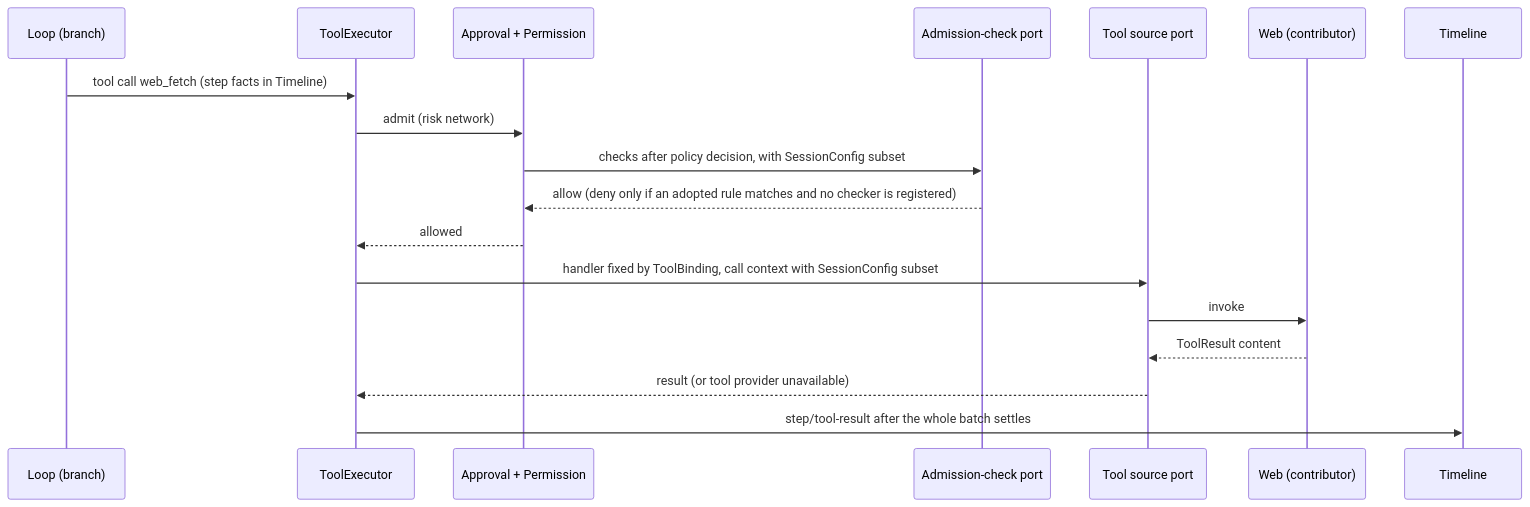
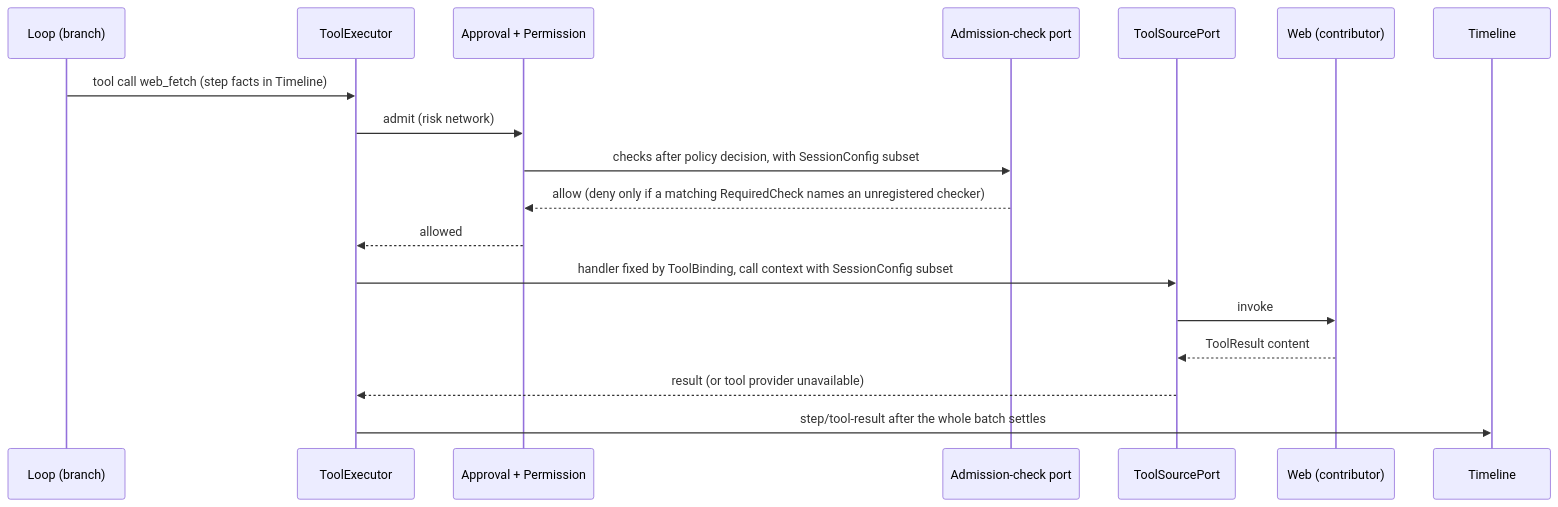
The fourth of 9 diagrams in docs/design/overview.md (CoutinhoTTS/dim-agent), drawn with Mermaid before and after one commit. The commit also changed other lines of this file and 12 other files, not shown here.

Commit message:
docs(design): align port names and fail-closed records with the contracts

````diff
--- a/docs/design/overview.md
+++ b/docs/design/overview.md
@@ -201,20 +201,20 @@
 ```mermaid
 sequenceDiagram
   participant LP as Loop (branch)
   participant TE as ToolExecutor
   participant AP as Approval + Permission
   participant AR as Admission-check port
-  participant TR as Tool source port
+  participant TR as ToolSourcePort
   participant Web as Web (contributor)
   participant TL as Timeline
   LP->>TE: tool call web_fetch (step facts in Timeline)
   TE->>AP: admit (risk network)
   AP->>AR: checks after policy decision, with SessionConfig subset
-  AR-->>AP: allow (deny only if an adopted rule matches and no checker is registered)
+  AR-->>AP: allow (deny only if a matching RequiredCheck names an unregistered checker)
   AP-->>TE: allowed
   TE->>TR: handler fixed by ToolBinding, call context with SessionConfig subset
   TR->>Web: invoke
   Web-->>TR: ToolResult content
   TR-->>TE: result (or tool provider unavailable)
   TE->>TL: step/tool-result after the whole batch settles
 ```
````
